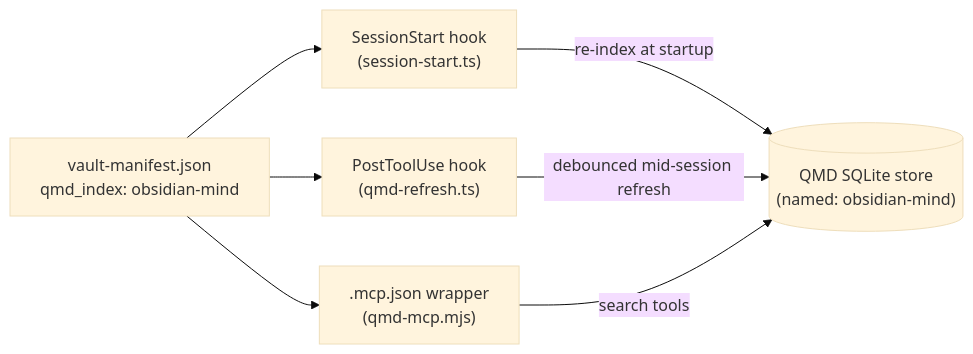
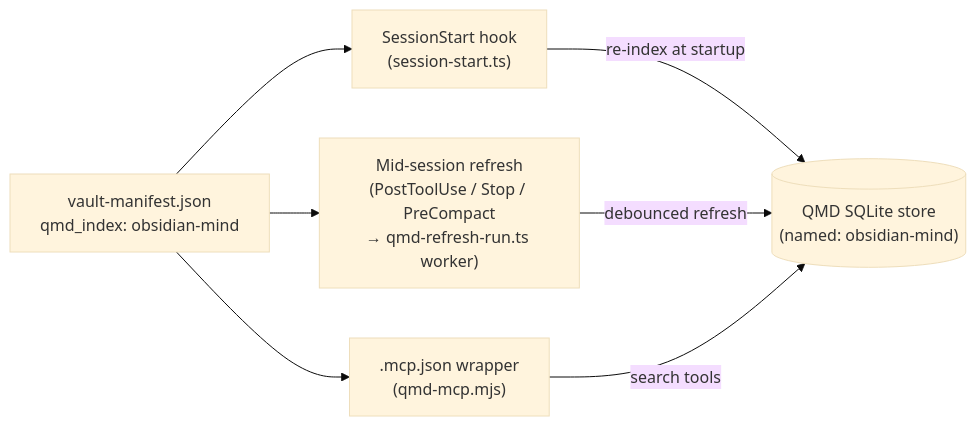
Before and after one commit to breferrari/obsidian-mind: the second of 7 diagrams in ARCHITECTURE.md, drawn with Mermaid (base theme). The commit also changed other lines of this file, not shown here.

````diff
--- a/ARCHITECTURE.md
+++ b/ARCHITECTURE.md
@@ -100,15 +100,15 @@
 ```mermaid
 flowchart LR
     Manifest["vault-manifest.json<br/>qmd_index: obsidian-mind"]
     SessionStart["SessionStart hook<br/>(session-start.ts)"]
     MCP[".mcp.json wrapper<br/>(qmd-mcp.mjs)"]
-    Refresh["PostToolUse hook<br/>(qmd-refresh.ts)"]
+    Refresh["Mid-session refresh<br/>(PostToolUse / Stop / PreCompact<br/>→ qmd-refresh-run.ts worker)"]
     Store[("QMD SQLite store<br/>(named: obsidian-mind)")]
 
     Manifest --> SessionStart
     Manifest --> MCP
     Manifest --> Refresh
     SessionStart -->|re-index at startup| Store
-    Refresh -->|debounced mid-session refresh| Store
+    Refresh -->|debounced refresh| Store
     MCP -->|search tools| Store
 ```
````
